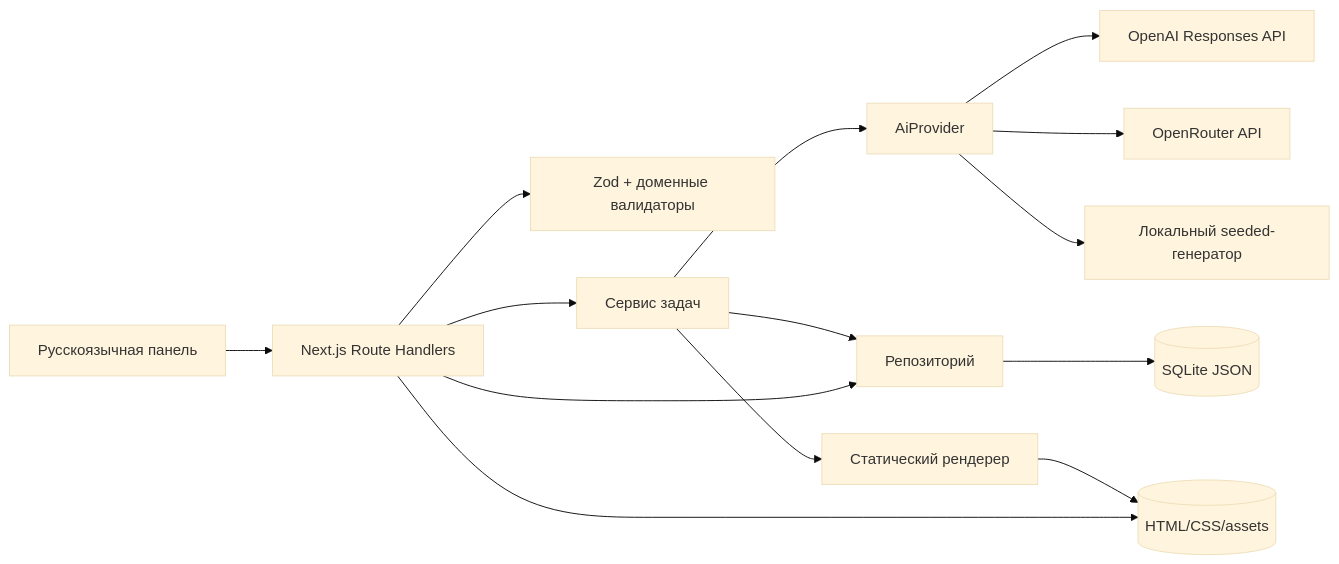
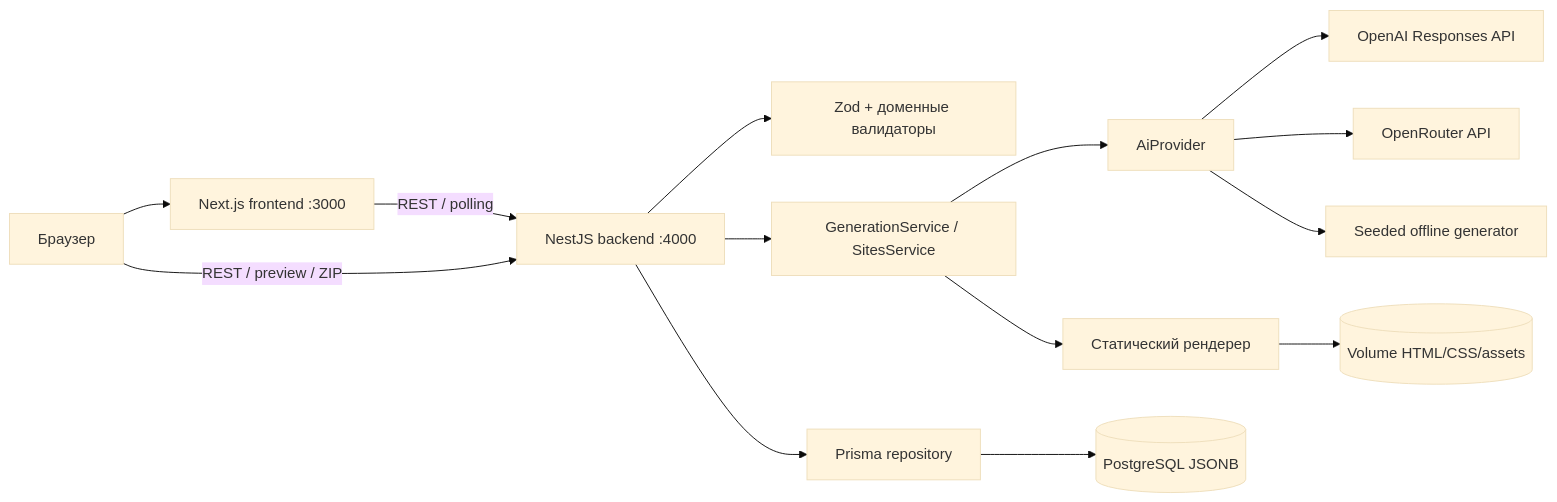
The diagram in docs/architecture.md (AndreyPiganov/company-creator), drawn with Mermaid (base theme) before and after one commit. The commit also changed other lines of this file and 2 other files, not shown here.

Commit message:
docs: document separated application architecture

````diff
--- a/docs/architecture.md
+++ b/docs/architecture.md
@@ -5,16 +5,16 @@
 ```mermaid
 flowchart LR
-    Browser[Русскоязычная панель] --> Routes[Next.js Route Handlers]
-    Routes --> Domain[Zod + доменные валидаторы]
-    Routes --> Jobs[Сервис задач]
+    Browser[Браузер] --> Frontend[Next.js frontend :3000]
+    Frontend -->|REST / polling| Backend[NestJS backend :4000]
+    Browser -->|REST / preview / ZIP| Backend
+    Backend --> Domain[Zod + доменные валидаторы]
+    Backend --> Jobs[GenerationService / SitesService]
     Jobs --> Providers[AiProvider]
     Providers --> OpenAI[OpenAI Responses API]
     Providers --> OpenRouter[OpenRouter API]
-    Providers --> Offline[Локальный seeded-генератор]
-    Jobs --> Repository[Репозиторий]
-    Routes --> Repository
-    Repository --> SQLite[(SQLite JSON)]
+    Providers --> Offline[Seeded offline generator]
+    Backend --> Repository[Prisma repository]
+    Repository --> Postgres[(PostgreSQL JSONB)]
     Jobs --> Renderer[Статический рендерер]
-    Renderer --> Artifacts[(HTML/CSS/assets)]
-    Routes --> Artifacts
+    Renderer --> Artifacts[(Volume HTML/CSS/assets)]
 ```
````
